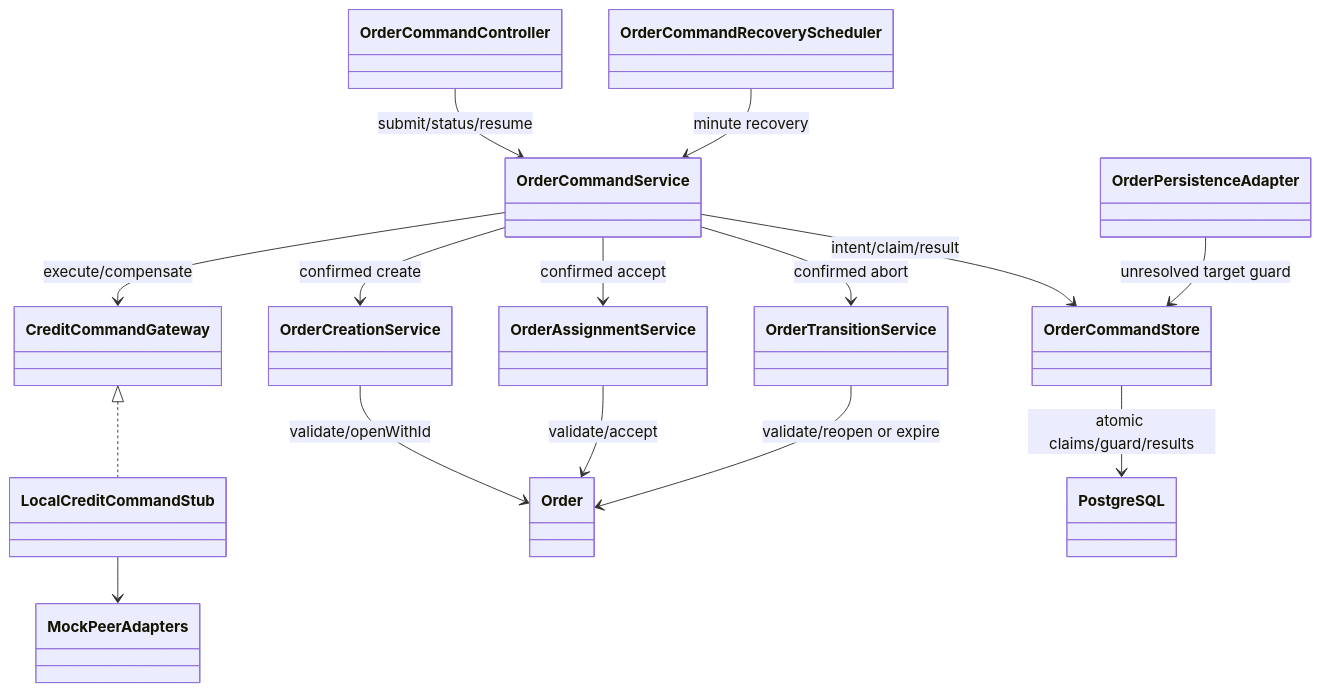
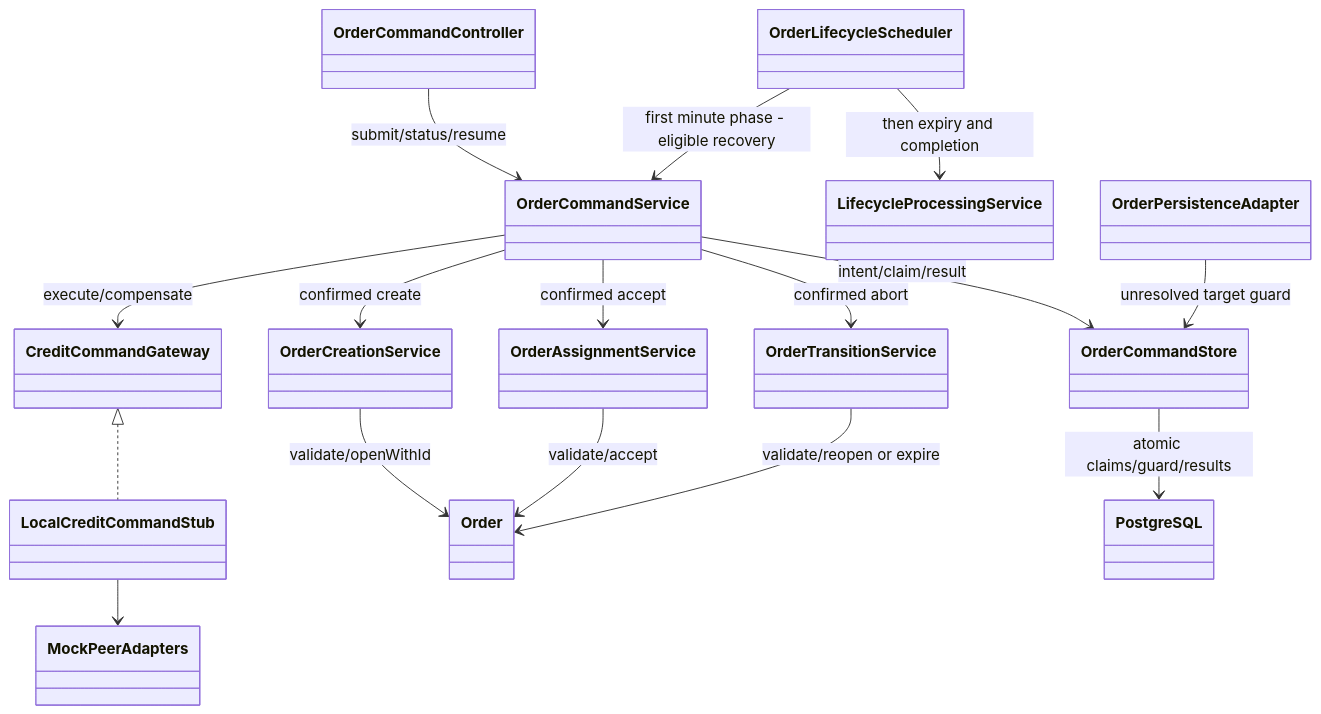
One commit to Y2627S1-CS3219-P-28/FoC-P28 changed the second of 2 diagrams in order-service/concurrency/concurrency-order-credit.md. Above: the diagram before and after it, drawn with Mermaid. The commit also changed other lines of this file and 19 other files, not shown here.

Commit message:
docs(order): record merged scheduler and JWT learning

````diff
--- a/order-service/concurrency/concurrency-order-credit.md
+++ b/order-service/concurrency/concurrency-order-credit.md
@@ -204,17 +204,18 @@
 ```mermaid
 classDiagram
     OrderCommandController --> OrderCommandService : submit/status/resume
     OrderCommandService --> OrderCommandStore : intent/claim/result
     OrderCommandService --> CreditCommandGateway : execute/compensate
     CreditCommandGateway <|.. LocalCreditCommandStub
     LocalCreditCommandStub --> MockPeerAdapters
     OrderCommandService --> OrderCreationService : confirmed create
     OrderCommandService --> OrderAssignmentService : confirmed accept
     OrderCommandService --> OrderTransitionService : confirmed abort
     OrderCreationService --> Order : validate/openWithId
     OrderAssignmentService --> Order : validate/accept
     OrderTransitionService --> Order : validate/reopen or expire
     OrderCommandStore --> PostgreSQL : atomic claims/guard/results
-    OrderCommandRecoveryScheduler --> OrderCommandService : minute recovery
+    OrderLifecycleScheduler --> OrderCommandService : first minute phase - eligible recovery
+    OrderLifecycleScheduler --> LifecycleProcessingService : then expiry and completion
     OrderPersistenceAdapter --> OrderCommandStore : unresolved target guard
 ```
````
